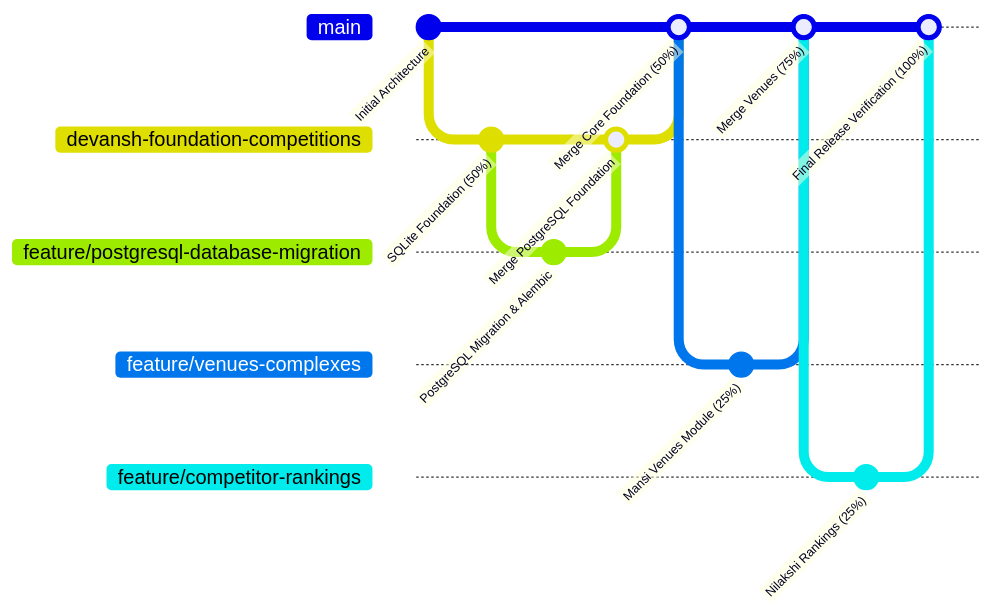
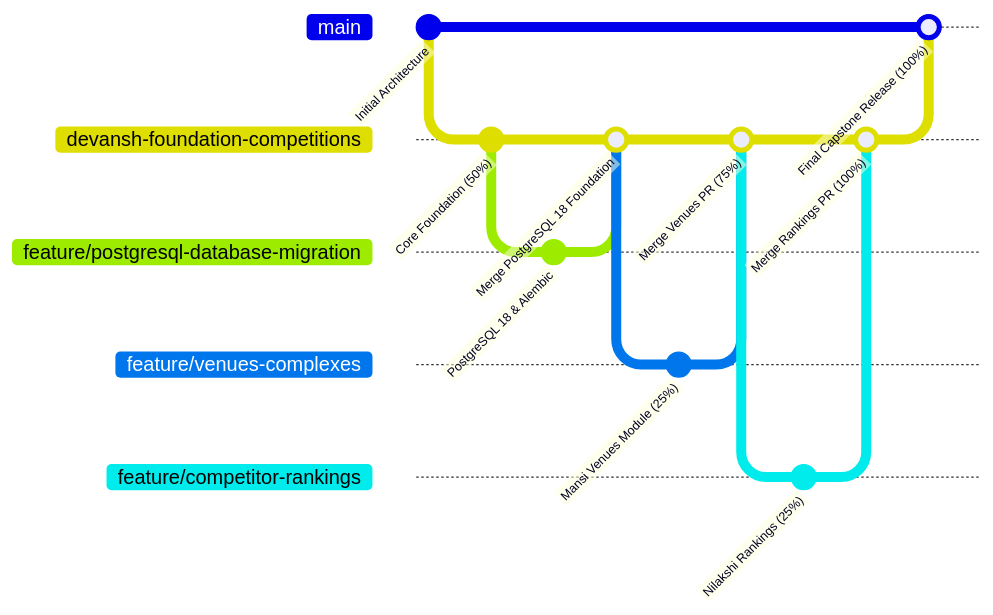
The diagram in docs/DEVELOPMENT_GUIDELINES.md (Devansh54/CourtIQ), drawn with Mermaid before and after one commit. The commit also changed other lines of this file and 12 other files, not shown here.

````diff
--- a/docs/DEVELOPMENT_GUIDELINES.md
+++ b/docs/DEVELOPMENT_GUIDELINES.md
@@ -85,24 +85,24 @@
 ```mermaid
 gitGraph
    commit id: "Initial Architecture"
    branch devansh-foundation-competitions
    checkout devansh-foundation-competitions
-   commit id: "SQLite Foundation (50%)"
+   commit id: "Core Foundation (50%)"
    branch feature/postgresql-database-migration
    checkout feature/postgresql-database-migration
-   commit id: "PostgreSQL Migration & Alembic"
+   commit id: "PostgreSQL 18 & Alembic"
    checkout devansh-foundation-competitions
-   merge feature/postgresql-database-migration id: "Merge PostgreSQL Foundation"
-   checkout main
-   merge devansh-foundation-competitions id: "Merge Core Foundation (50%)"
+   merge feature/postgresql-database-migration id: "Merge PostgreSQL 18 Foundation"
    branch feature/venues-complexes
    checkout feature/venues-complexes
    commit id: "Mansi Venues Module (25%)"
-   checkout main
-   merge feature/venues-complexes id: "Merge Venues (75%)"
+   checkout devansh-foundation-competitions
+   merge feature/venues-complexes id: "Merge Venues PR (75%)"
    branch feature/competitor-rankings
    checkout feature/competitor-rankings
    commit id: "Nilakshi Rankings (25%)"
+   checkout devansh-foundation-competitions
+   merge feature/competitor-rankings id: "Merge Rankings PR (100%)"
    checkout main
-   merge feature/competitor-rankings id: "Final Release Verification (100%)"
+   merge devansh-foundation-competitions id: "Final Capstone Release (100%)"
 ```
````
